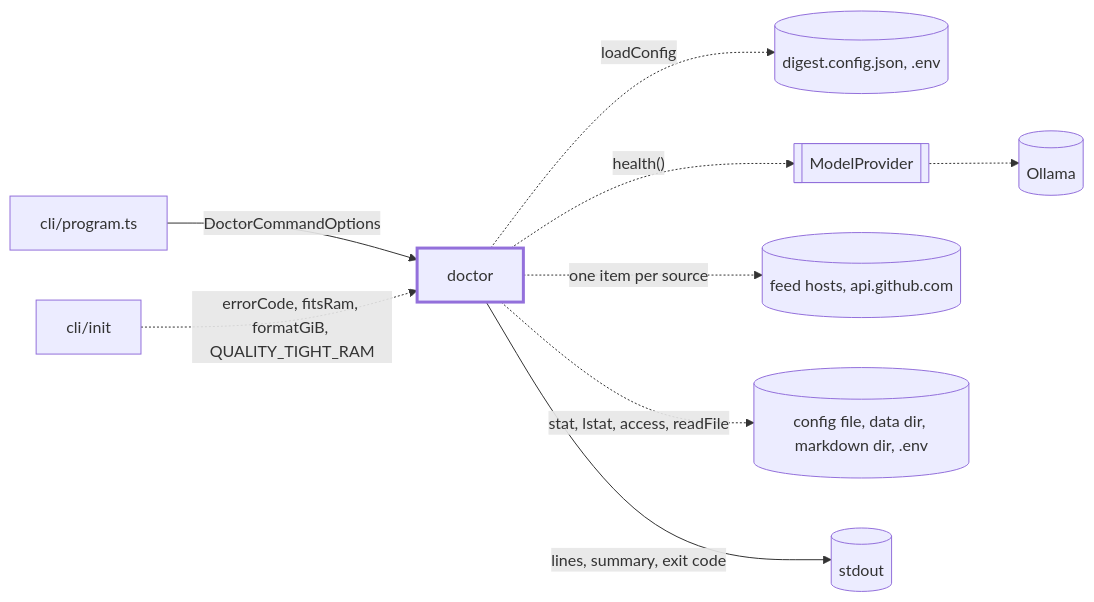
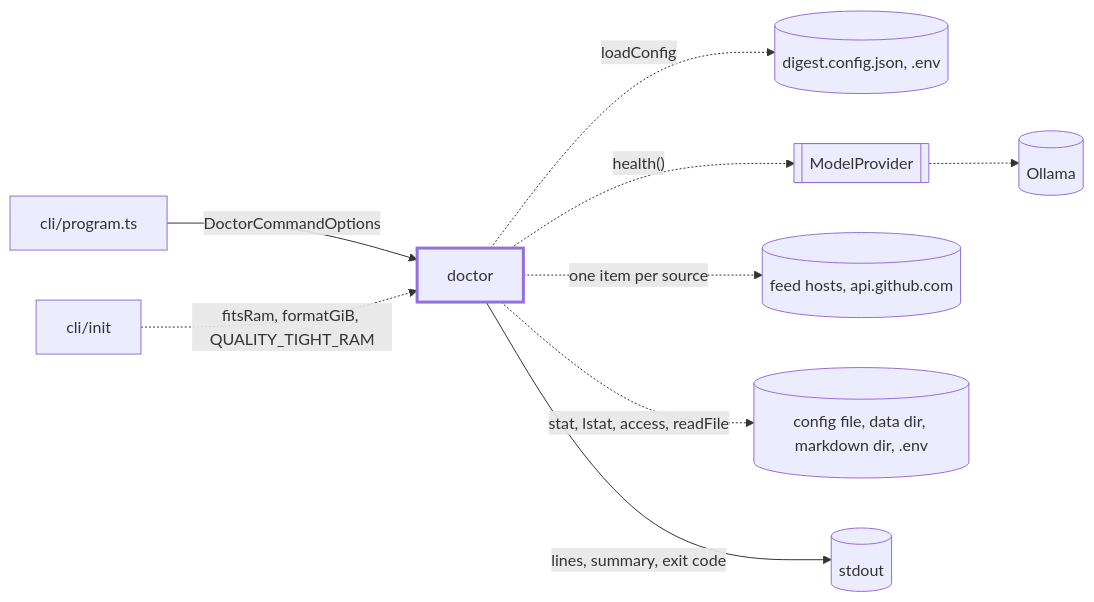
Before and after one commit to odere-pro/weekly-engineering-digest-agent: the first of 2 diagrams in src/cli/doctor/CLAUDE.md, drawn with Mermaid. The commit also changed other lines of this file and 55 other files, not shown here.

````diff
--- a/src/cli/doctor/CLAUDE.md
+++ b/src/cli/doctor/CLAUDE.md
@@ -10,11 +10,11 @@
 ```mermaid
 flowchart LR
   program["cli/program.ts"] -->|"DoctorCommandOptions"| doctor:::focus
   doctor -.->|"loadConfig"| cfg[("digest.config.json, .env")]
   doctor -.->|"health()"| mp[[ModelProvider]] -.-> ollama[(Ollama)]
   doctor -.->|"one item per source"| feeds[("feed hosts, api.github.com")]
   doctor -.->|"stat, lstat, access, readFile"| disk[("config file, data dir, markdown dir, .env")]
   doctor -->|"lines, summary, exit code"| out[("stdout")]
-  init["cli/init"] -.->|"errorCode, fitsRam, formatGiB, QUALITY_TIGHT_RAM"| doctor
+  init["cli/init"] -.->|"fitsRam, formatGiB, QUALITY_TIGHT_RAM"| doctor
   classDef focus stroke-width:3px
 ```
````
